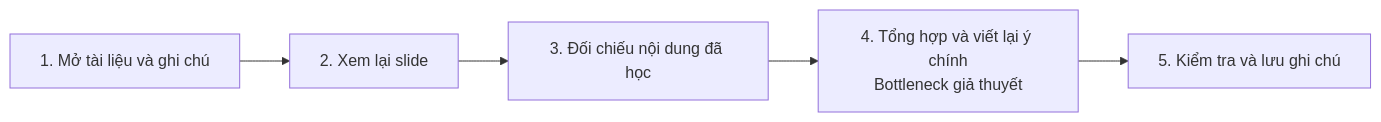
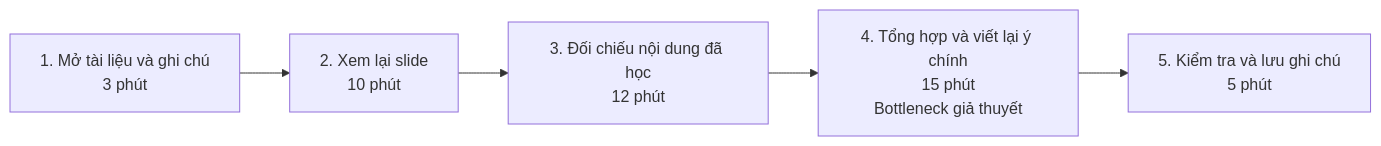
The first of 3 diagrams in report/individual/2A202603722_MaiXuanKhang.md (minhquannm0905-cloud/K5-L3B-Day02-D2-DiscoverProblemFraming), drawn with Mermaid before and after one commit. The commit also changed other lines of this file, not shown here.

````diff
--- a/report/individual/2A202603722_MaiXuanKhang.md
+++ b/report/individual/2A202603722_MaiXuanKhang.md
@@ -56,9 +58,9 @@
 ```mermaid
 flowchart LR
-    A["1. Mở tài liệu và ghi chú"]
-    B["2. Xem lại slide"]
-    C["3. Đối chiếu nội dung đã học"]
-    D["4. Tổng hợp và viết lại ý chính<br/>Bottleneck giả thuyết"]
-    E["5. Kiểm tra và lưu ghi chú"]
+    A["1. Mở tài liệu và ghi chú<br/>3 phút"]
+    B["2. Xem lại slide<br/>10 phút"]
+    C["3. Đối chiếu nội dung đã học<br/>12 phút"]
+    D["4. Tổng hợp và viết lại ý chính<br/>15 phút<br/>Bottleneck giả thuyết"]
+    E["5. Kiểm tra và lưu ghi chú<br/>5 phút"]
     A --> B --> C --> D --> E
 ```
````
